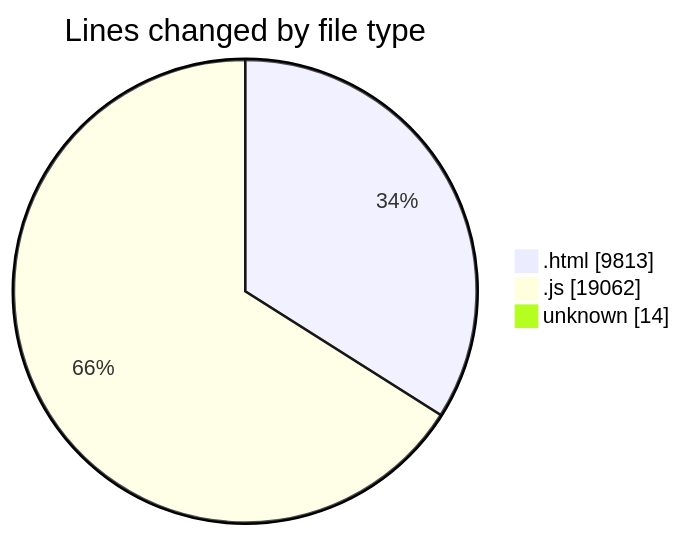
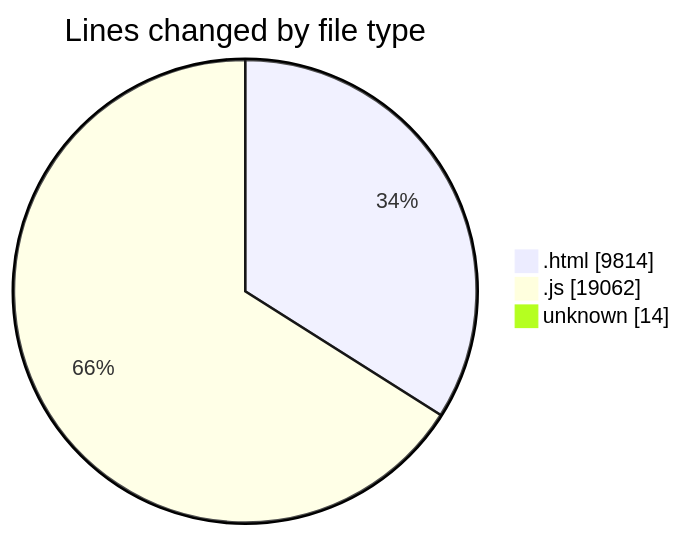
The first of 2 diagrams in 2025-04-24/enre_-_calculadora_de_consumo_v_2022_files/README.md (LanceThiago/code-tracking), drawn with Mermaid before and after one commit. The commit also changed other lines of this file and 1 other file, not shown here.

````diff
--- a/2025-04-24/enre_-_calculadora_de_consumo_v_2022_files/README.md
+++ b/2025-04-24/enre_-_calculadora_de_consumo_v_2022_files/README.md
@@ -24,7 +24,7 @@
 ```mermaid
 pie showData
 title Lines changed by file type
-".html" : 9813
+".html" : 9814
 ".js" : 19062
 "unknown" : 14
 ```
````
